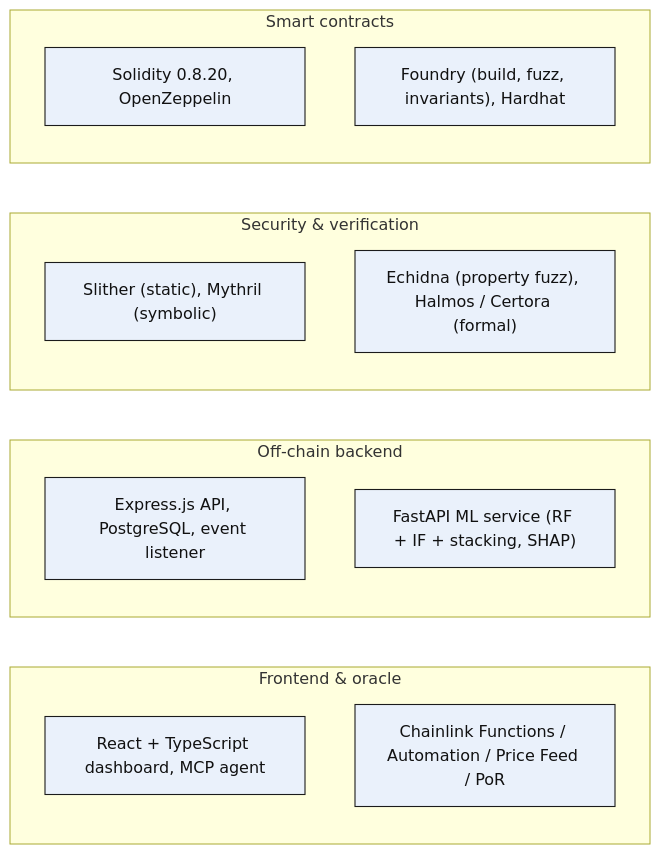
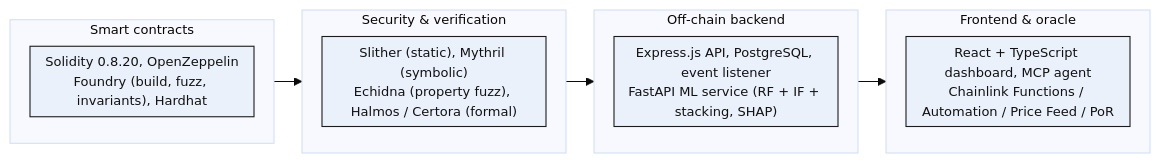
Before and after one commit to Yuvraajrahman/Cryto-World-Bank: the diagram in Documentation/Pre Thesis -2 Documents/V35 /Diagrams/Ch4_dev-verification-toolchain.mmd, drawn with Mermaid. The commit also changed 140 other files, not shown here.

```diff
--- a/Documentation/Pre Thesis -2 Documents/V35 /Diagrams/Ch4_dev-verification-toolchain.mmd
+++ b/Documentation/Pre Thesis -2 Documents/V35 /Diagrams/Ch4_dev-verification-toolchain.mmd
@@ -1,29 +1,23 @@
-flowchart TB
+%%{init: {"theme": "base", "flowchart": {"htmlLabels": true, "curve": "linear", "nodeSpacing": 20, "rankSpacing": 28, "padding": 6, "useMaxWidth": false}, "themeVariables": {"fontSize": "13px"}} }%%
+flowchart LR
+
   subgraph SC["Smart contracts"]
-    direction TB
-    T1["Solidity 0.8.20, OpenZeppelin"]
-    T2["Foundry (build, fuzz, invariants), Hardhat"]
-  end
-  subgraph SEC["Security &amp; verification"]
-    direction TB
-    T3["Slither (static), Mythril (symbolic)"]
-    T4["Echidna (property fuzz), Halmos / Certora (formal)"]
-  end
-  subgraph BE["Off-chain backend"]
-    direction TB
-    T5["Express.js API, PostgreSQL, event listener"]
-    T6["FastAPI ML service (RF + IF + stacking, SHAP)"]
-  end
-  subgraph FE["Frontend &amp; oracle"]
-    direction TB
-    T7["React + TypeScript dashboard, MCP agent"]
-    T8["Chainlink Functions / Automation / Price Feed / PoR"]
+    SCN["Solidity 0.8.20, OpenZeppelin<br/>Foundry (build, fuzz, invariants), Hardhat"]
   end
 
-  SC ~~~ SEC
-  SEC ~~~ BE
-  BE ~~~ FE
+  subgraph SEC["Security &amp; verification"]
+    SECN["Slither (static), Mythril (symbolic)<br/>Echidna (property fuzz), Halmos / Certora (formal)"]
+  end
 
-  classDef apex fill:#D6E4F7,stroke:#1B1B1B,stroke-width:1.2px,color:#111111;
+  subgraph BE["Off-chain backend"]
+    BEN["Express.js API, PostgreSQL, event listener<br/>FastAPI ML service (RF + IF + stacking, SHAP)"]
+  end
+
+  subgraph FE["Frontend &amp; oracle"]
+    FEN["React + TypeScript dashboard, MCP agent<br/>Chainlink Functions / Automation / Price Feed / PoR"]
+  end
+
+  SC --> SEC --> BE --> FE
+
   classDef mid fill:#EAF1FB,stroke:#1B1B1B,stroke-width:1.1px,color:#111111;
-  class T1,T2,T3,T4,T5,T6,T7,T8 mid;
+  class SCN,SECN,BEN,FEN mid;
```
